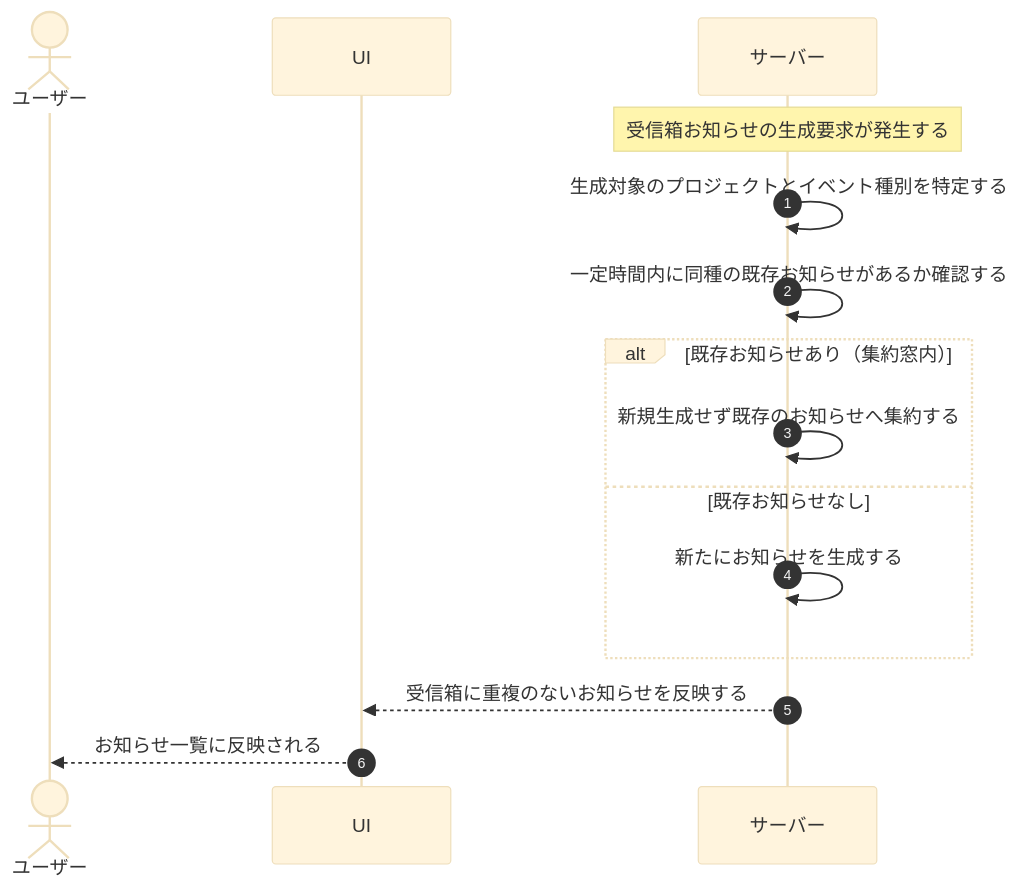
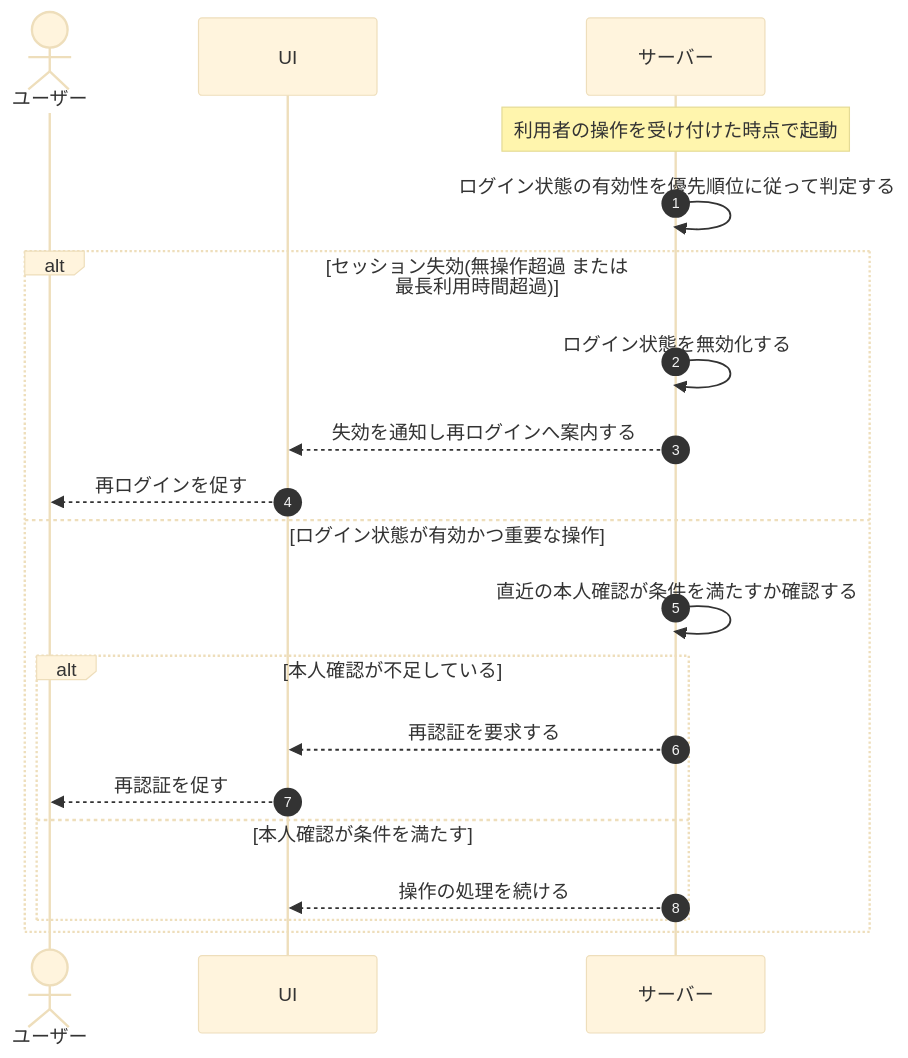
One commit to sikakou54/open-faq changed the diagram in 01_requirements/04_business_usecases/UC-067.md. Above: the diagram before and after it, drawn with Mermaid (base theme). The commit also changed other lines of this file and 395 other files, not shown here.

````diff
--- a/01_requirements/04_business_usecases/UC-067.md
+++ b/01_requirements/04_business_usecases/UC-067.md
@@ -27,18 +27,22 @@
 ```mermaid
 sequenceDiagram
   autonumber
   actor U as ユーザー
   participant UI as UI
   participant S as サーバー
-
-  Note over S: 受信箱お知らせの生成要求が発生する
-  S->>S: 生成対象のプロジェクトとイベント種別を特定する
-  S->>S: 一定時間内に同種の既存お知らせがあるか確認する
-  alt 既存お知らせあり（集約窓内）
-    S->>S: 新規生成せず既存のお知らせへ集約する
-  else 既存お知らせなし
-    S->>S: 新たにお知らせを生成する
+  Note over S: 利用者の操作を受け付けた時点で起動
+  S->>S: ログイン状態の有効性を優先順位に従って判定する
+  alt セッション失効(無操作超過 または 最長利用時間超過)
+    S->>S: ログイン状態を無効化する
+    S-->>UI: 失効を通知し再ログインへ案内する
+    UI-->>U: 再ログインを促す
+  else ログイン状態が有効かつ重要な操作
+    S->>S: 直近の本人確認が条件を満たすか確認する
+    alt 本人確認が不足している
+      S-->>UI: 再認証を要求する
+      UI-->>U: 再認証を促す
+    else 本人確認が条件を満たす
+      S-->>UI: 操作の処理を続ける
+    end
   end
-  S-->>UI: 受信箱に重複のないお知らせを反映する
-  UI-->>U: お知らせ一覧に反映される
 ```
````
